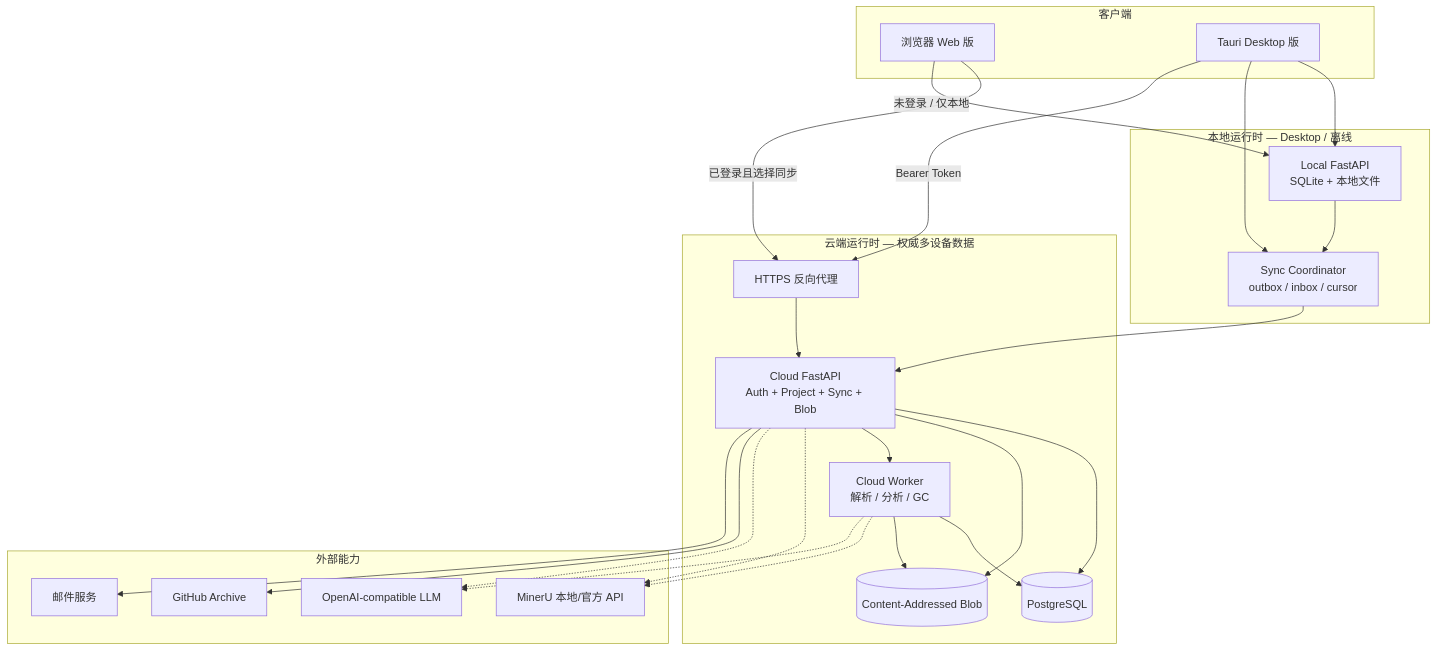
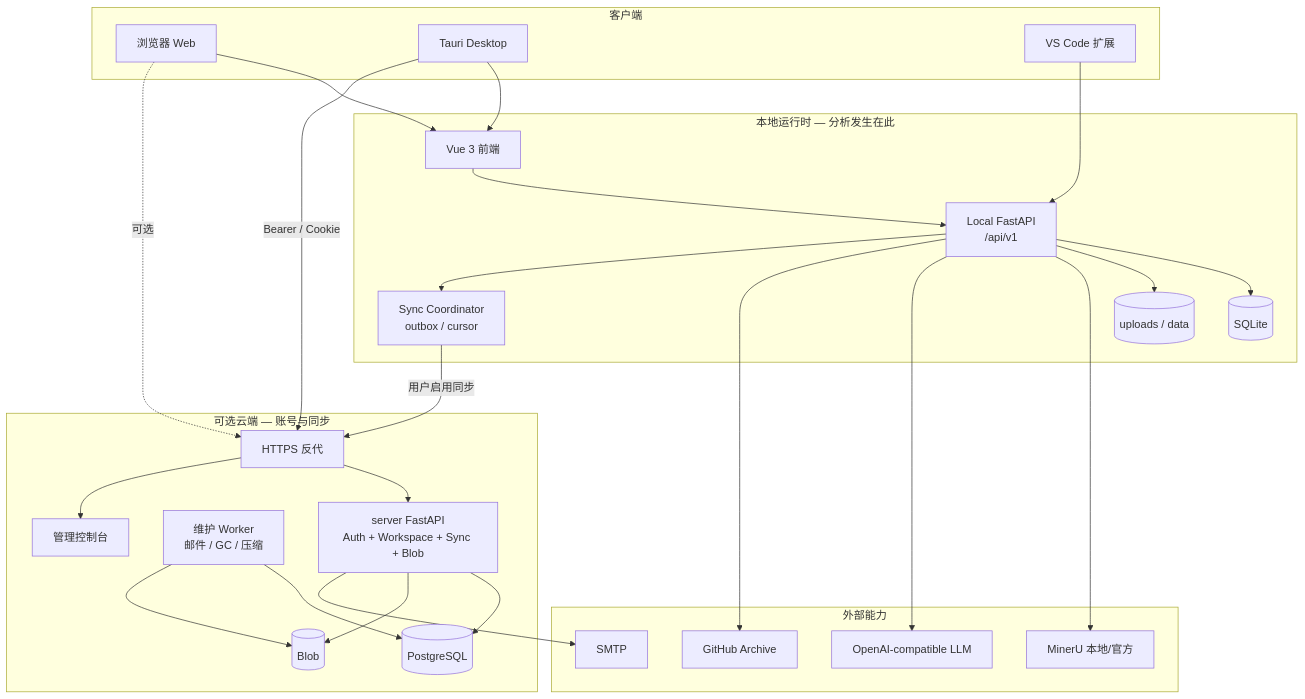
The first of 2 diagrams in FinalRelease/软件架构文档.md (1JI0O/SE26Project-15), drawn with Mermaid before and after one commit. The commit also changed other lines of this file and 1 other file, not shown here.

````diff
--- a/FinalRelease/软件架构文档.md
+++ b/FinalRelease/软件架构文档.md
@@ -71,47 +60,53 @@
 ```mermaid
 flowchart TB
   subgraph Clients[客户端]
-    Browser[浏览器 Web 版]
-    Desktop[Tauri Desktop 版]
+    Browser[浏览器 Web]
+    Desktop[Tauri Desktop]
+    VSIX[VS Code 扩展]
   end
 
-  subgraph LocalRuntime[本地运行时 — Desktop / 离线]
-    LocalAPI[Local FastAPI\nSQLite + 本地文件]
-    SyncCoord[Sync Coordinator\noutbox / inbox / cursor]
+  subgraph LocalRuntime[本地运行时 — 分析发生在此]
+    FE[Vue 3 前端]
+    LocalAPI[Local FastAPI\n/api/v1]
+    SyncCoord[Sync Coordinator\noutbox / cursor]
+    SQLite[(SQLite)]
+    Files[(uploads / data)]
   end
 
-  subgraph CloudRuntime[云端运行时 — 权威多设备数据]
-    Proxy[HTTPS 反向代理]
-    CloudAPI[Cloud FastAPI\nAuth + Project + Sync + Blob]
-    Worker[Cloud Worker\n解析 / 分析 / GC]
+  subgraph CloudRuntime[可选云端 — 账号与同步]
+    Proxy[HTTPS 反代]
+    CloudAPI[server FastAPI\nAuth + Workspace + Sync + Blob]
+    Worker[维护 Worker\n邮件 / GC / 压缩]
     PG[(PostgreSQL)]
-    Blob[(Content-Addressed Blob)]
+    Blob[(Blob)]
+    Admin[管理控制台]
   end
 
   subgraph External[外部能力]
-    MinerU[MinerU 本地/官方 API]
+    MinerU[MinerU 本地/官方]
     LLM[OpenAI-compatible LLM]
     GitHub[GitHub Archive]
-    SMTP[邮件服务]
+    SMTP[SMTP]
   end
 
-  Browser -->|已登录且选择同步| Proxy
-  Browser -->|未登录 / 仅本地| LocalAPI
-  Desktop --> LocalAPI
-  Desktop --> SyncCoord
-  Desktop -->|Bearer Token| Proxy
-  SyncCoord --> CloudAPI
+  Browser --> FE
+  Desktop --> FE
+  VSIX --> LocalAPI
+  FE --> LocalAPI
+  LocalAPI --> SQLite
+  LocalAPI --> Files
+  LocalAPI --> MinerU
+  LocalAPI --> LLM
+  LocalAPI --> GitHub
+  LocalAPI --> SyncCoord
+  SyncCoord -->|用户启用同步| Proxy
+  Desktop -->|Bearer / Cookie| Proxy
+  Browser -.->|可选| Proxy
   Proxy --> CloudAPI
+  Proxy --> Admin
   CloudAPI --> PG
   CloudAPI --> Blob
-  CloudAPI --> Worker
   Worker --> PG
   Worker --> Blob
-  LocalAPI --> SyncCoord
-  CloudAPI -.-> MinerU
-  Worker -.-> MinerU
-  CloudAPI -.-> LLM
-  Worker -.-> LLM
-  CloudAPI --> GitHub
   CloudAPI --> SMTP
 ```
````
